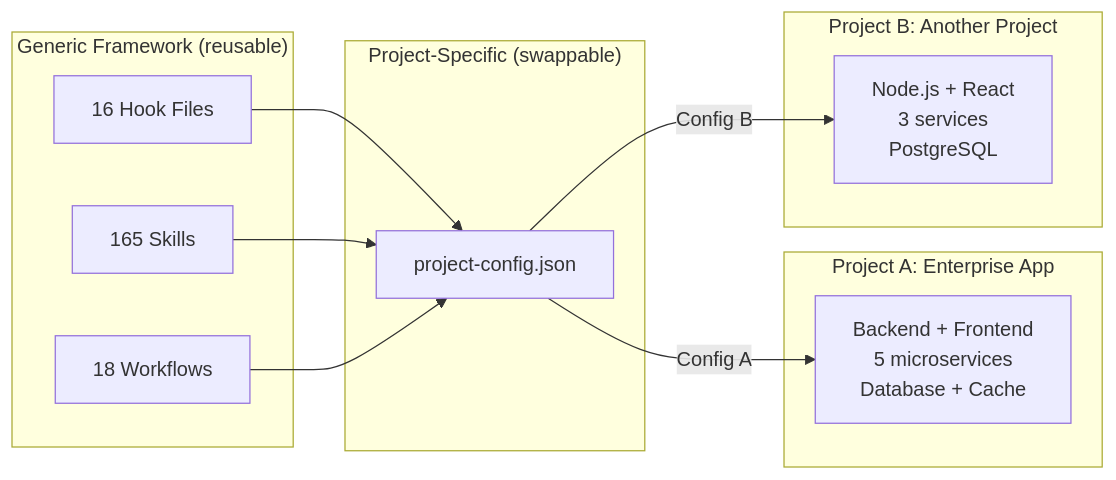
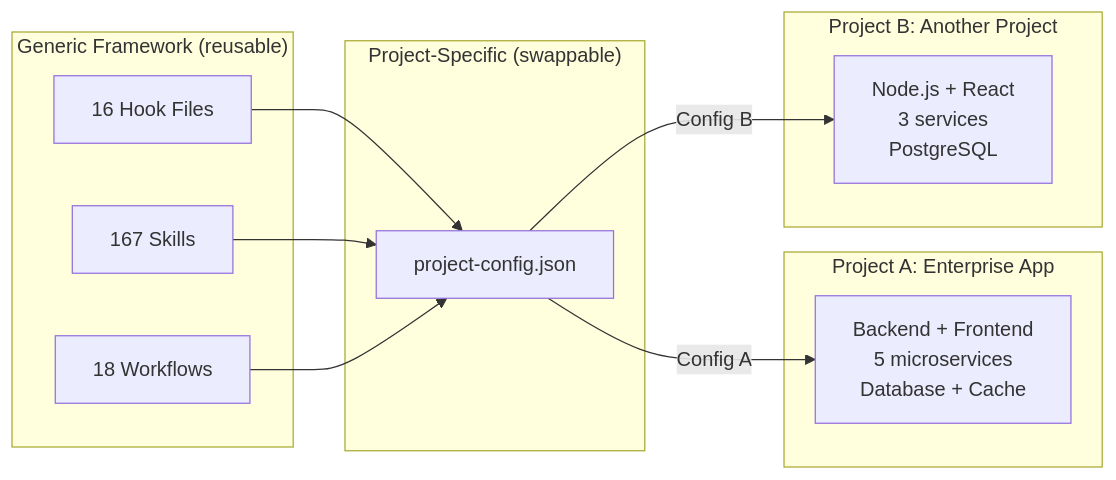
The eighth of 20 diagrams in .claude/docs/claude-ai-agent-framework-guide.md (duc01226/easy-claude), drawn with Mermaid before and after one commit. The commit also changed other lines of this file and 103 other files, not shown here.

````diff
--- a/.claude/docs/claude-ai-agent-framework-guide.md
+++ b/.claude/docs/claude-ai-agent-framework-guide.md
@@ -879,24 +879,24 @@
 ```mermaid
 graph LR
     subgraph "Generic Framework (reusable)"
         H[16 Hook Files]
-        S[165 Skills]
+        S[167 Skills]
         W[18 Workflows]
     end
 
     subgraph "Project-Specific (swappable)"
         PC[project-config.json]
     end
 
     subgraph "Project A: Enterprise App"
         PA[Backend + Frontend<br/>5 microservices<br/>Database + Cache]
     end
 
     subgraph "Project B: Another Project"
         PB[Node.js + React<br/>3 services<br/>PostgreSQL]
     end
 
     H & S & W --> PC
     PC -->|Config A| PA
     PC -->|Config B| PB
 ```
````
